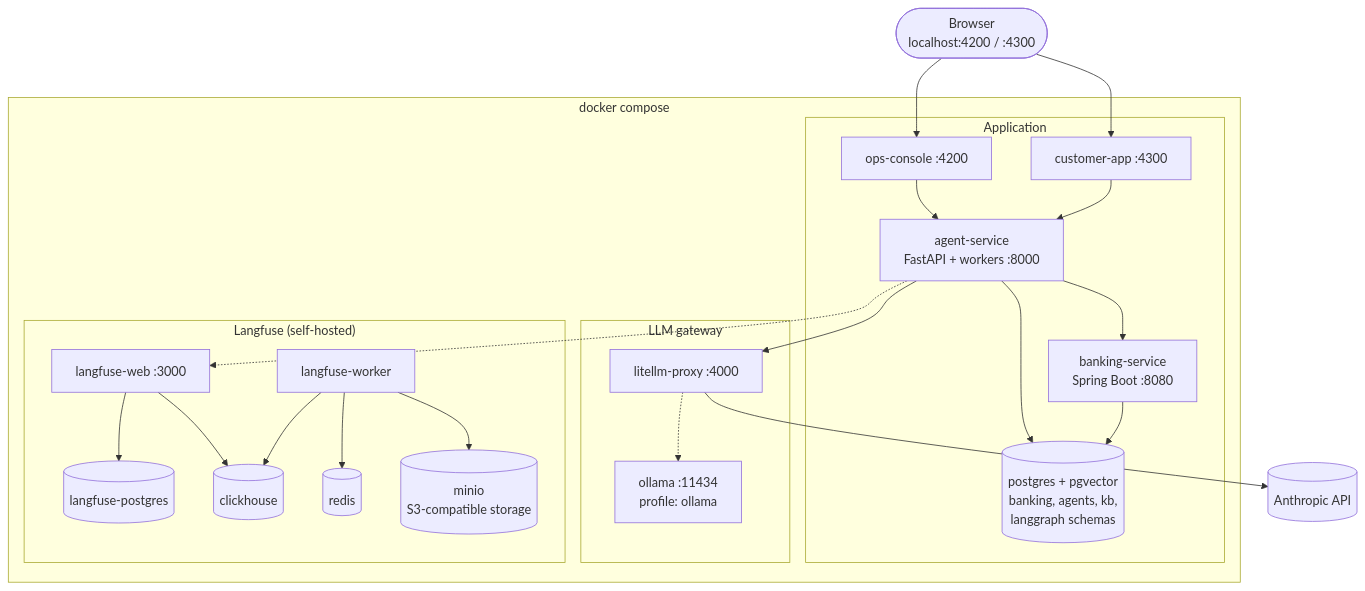
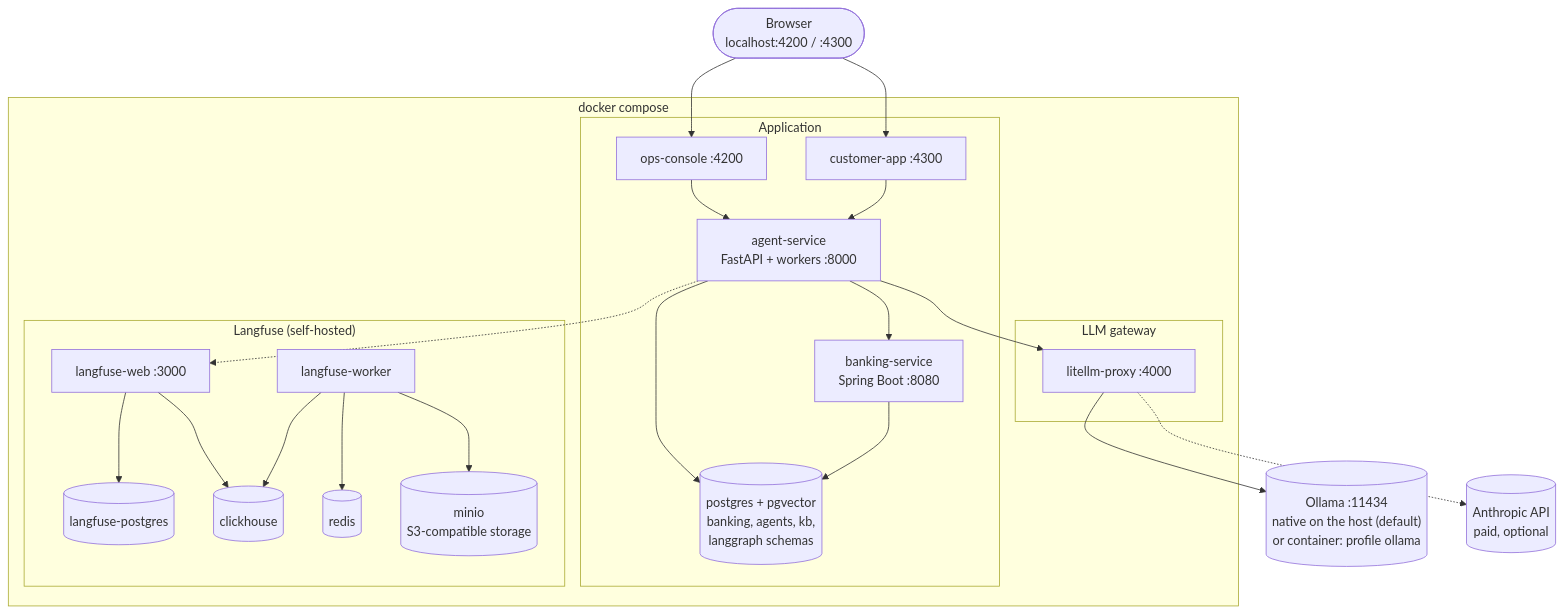
Diagram 11 of 12 in docs/architecture.md (babicmilan999/claude-poc), drawn with Mermaid before and after one commit. The commit also changed other lines of this file, not shown here.

First line of the commit message:
Make ollama the default LLM profile in architecture doc

````diff
--- a/docs/architecture.md
+++ b/docs/architecture.md
@@ -674,47 +675,47 @@
 ```mermaid
 flowchart TB
     browser(["Browser<br/>localhost:4200 / :4300"])
 
     subgraph compose["docker compose"]
         subgraph app["Application"]
             console["ops-console :4200"]
             capp["customer-app :4300"]
             agents["agent-service<br/>FastAPI + workers :8000"]
             banking["banking-service<br/>Spring Boot :8080"]
             pg[("postgres + pgvector<br/>banking, agents, kb,<br/>langgraph schemas")]
         end
 
         subgraph llm["LLM gateway"]
             litellm["litellm-proxy :4000"]
-            ollama["ollama :11434<br/>profile: ollama"]
         end
 
         subgraph obs["Langfuse (self-hosted)"]
             lf_web["langfuse-web :3000"]
             lf_worker["langfuse-worker"]
             lf_pg[("langfuse-postgres")]
             lf_ch[("clickhouse")]
             lf_redis[("redis")]
             lf_minio[("minio<br/>S3-compatible storage")]
         end
     end
 
-    anthropic[("Anthropic API")]
+    ollama[("Ollama :11434<br/>native on the host (default)<br/>or container: profile ollama")]
+    anthropic[("Anthropic API<br/>paid, optional")]
 
     browser --> console
     browser --> capp
     console --> agents
     capp --> agents
     agents --> banking
     agents --> pg
     banking --> pg
     agents --> litellm
-    litellm --> anthropic
-    litellm -.-> ollama
+    litellm --> ollama
+    litellm -.-> anthropic
     agents -.-> lf_web
     lf_web --> lf_pg
     lf_web --> lf_ch
     lf_worker --> lf_ch
     lf_worker --> lf_redis
     lf_worker --> lf_minio
 ```
````
